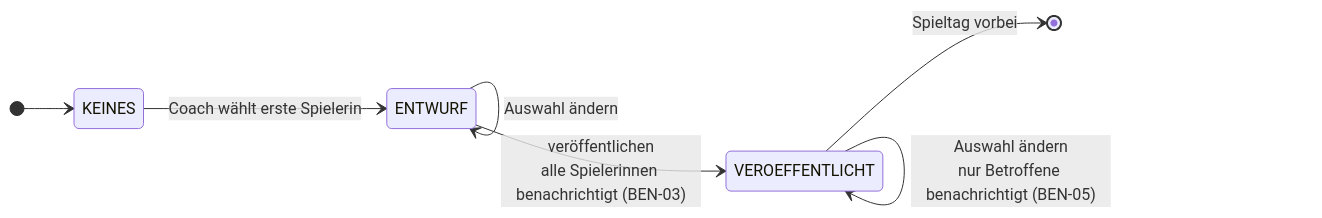
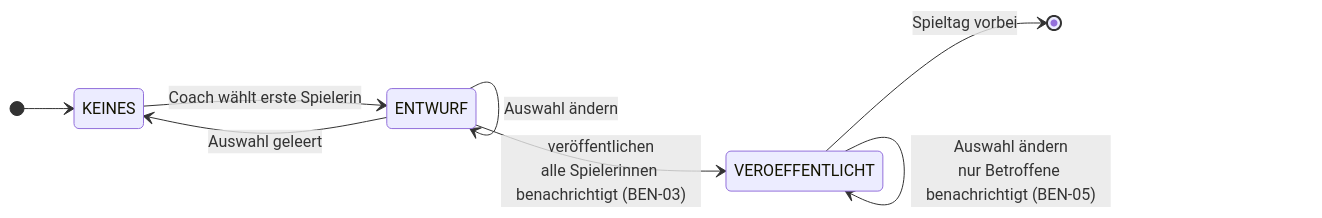
The fourth of 13 diagrams in docs/zustaende.md (cyrilleulmi/StvBeroPlatform), drawn with Mermaid before and after one commit. The commit also changed other lines of this file and 41 other files, not shown here.

````diff
--- a/docs/zustaende.md
+++ b/docs/zustaende.md
@@ -105,10 +105,11 @@
 ```mermaid
 stateDiagram-v2
     direction LR
     [*] --> KEINES
     KEINES --> ENTWURF: Coach wählt erste Spielerin
     ENTWURF --> ENTWURF: Auswahl ändern
+    ENTWURF --> KEINES: Auswahl geleert
     ENTWURF --> VEROEFFENTLICHT: veröffentlichen<br/>alle Spielerinnen benachrichtigt (BEN-03)
     VEROEFFENTLICHT --> VEROEFFENTLICHT: Auswahl ändern<br/>nur Betroffene benachrichtigt (BEN-05)
     VEROEFFENTLICHT --> [*]: Spieltag vorbei
 ```
````
